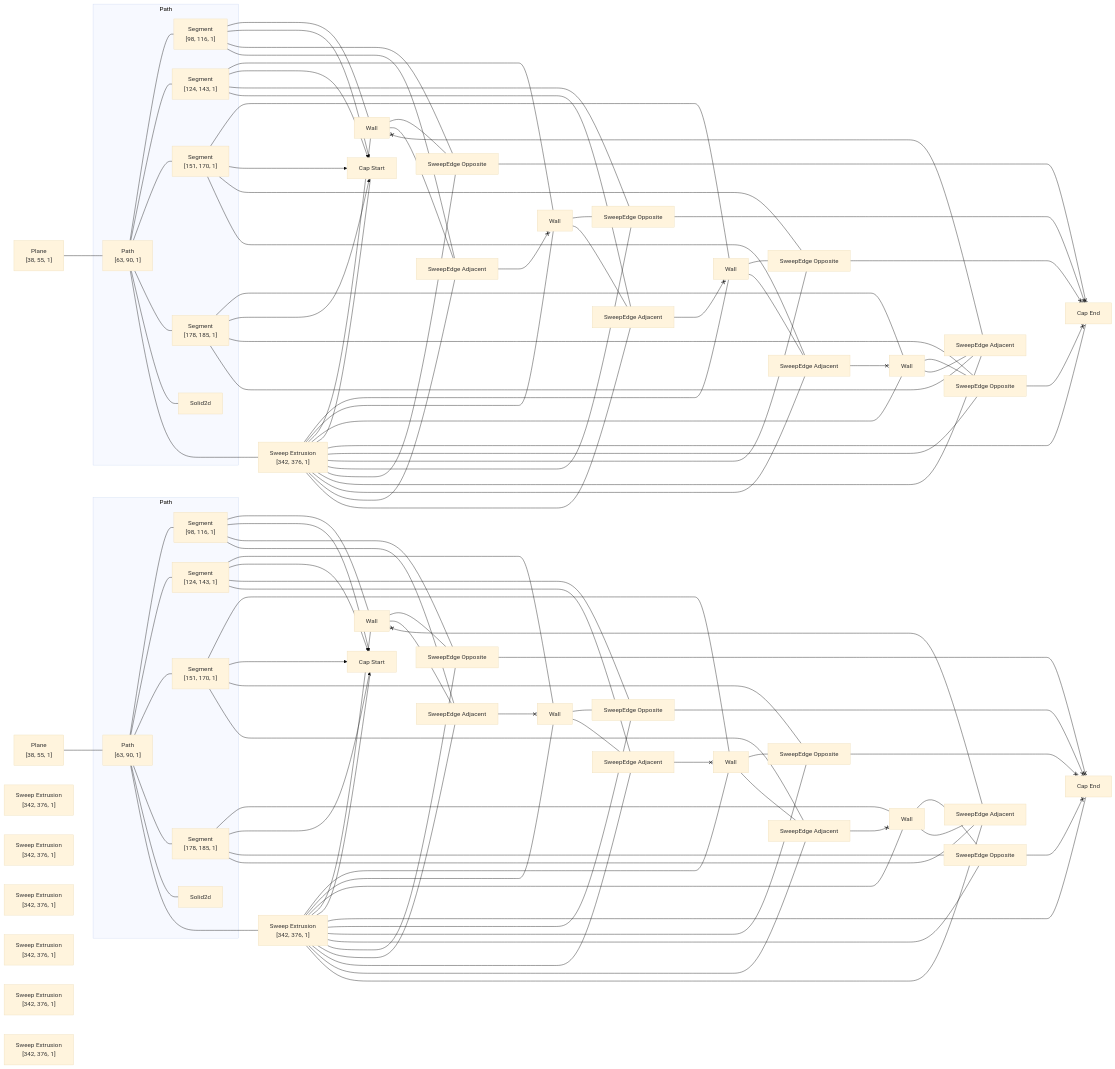
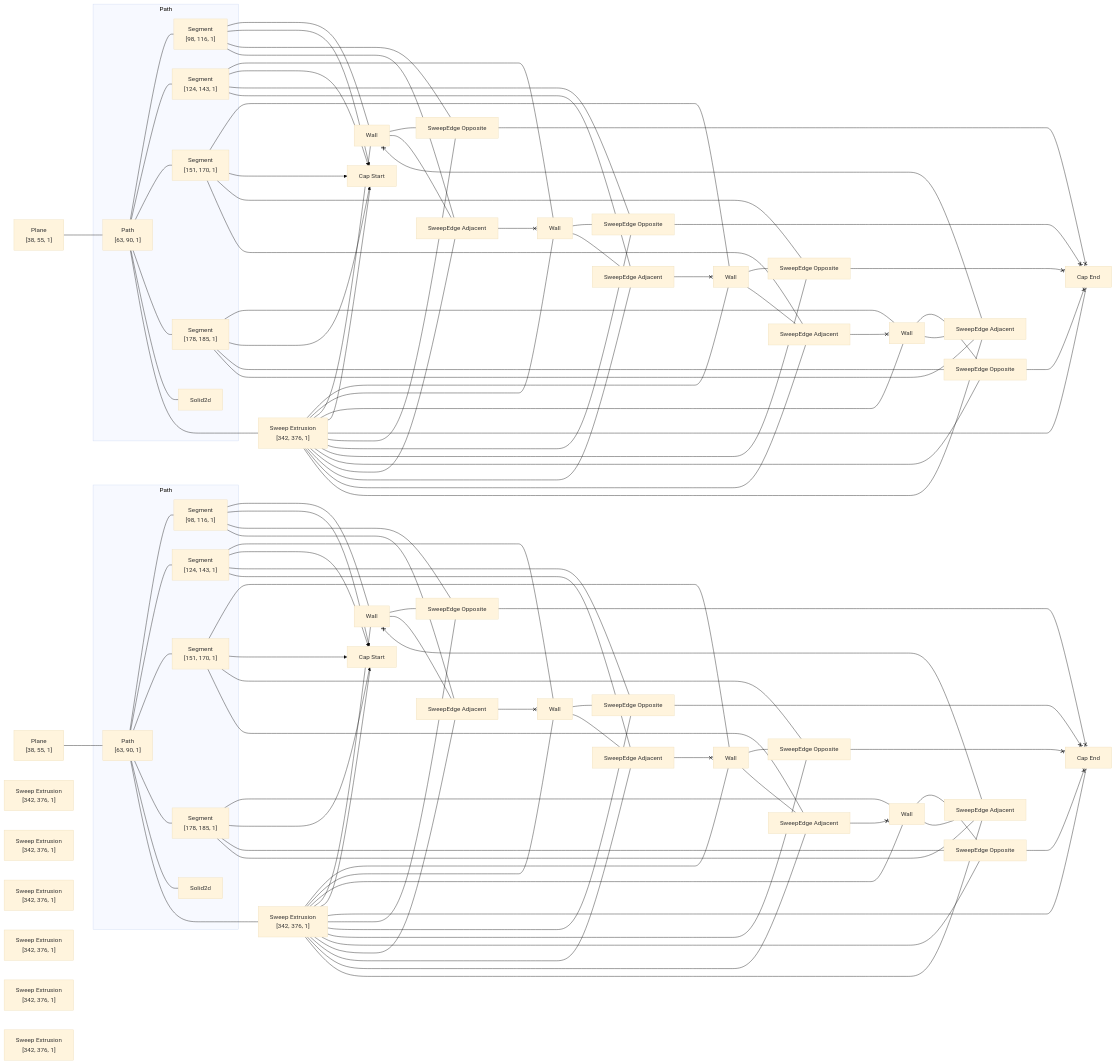
One commit to rajgandhi1/modeling-app changed the diagram in rust/kcl-lib/tests/pattern_circular_in_module/artifact_graph_flowchart.snap.md. Above: the diagram before and after it, drawn with Mermaid (base theme). The commit also changed 101 other files, not shown here.

```diff
--- a/rust/kcl-lib/tests/pattern_circular_in_module/artifact_graph_flowchart.snap.md
+++ b/rust/kcl-lib/tests/pattern_circular_in_module/artifact_graph_flowchart.snap.md
@@ -70,36 +70,36 @@
   4 ---- 16
   5 --- 29
   5 x--> 32
-  5 --- 42
-  5 --- 49
+  5 --- 39
+  5 --- 47
   6 --- 26
   6 x--> 31
-  6 --- 38
+  6 --- 35
   6 --- 43
   7 --- 28
   7 x--> 32
-  7 --- 41
-  7 --- 50
+  7 --- 40
+  7 --- 48
   8 --- 24
   8 x--> 31
-  8 --- 35
+  8 --- 36
   8 --- 44
   9 --- 27
   9 x--> 32
-  9 --- 40
-  9 --- 48
+  9 --- 41
+  9 --- 49
   10 --- 23
   10 x--> 31
-  10 --- 36
+  10 --- 37
   10 --- 45
   11 --- 25
   11 x--> 31
-  11 --- 37
+  11 --- 38
   11 --- 46
   12 --- 30
   12 x--> 32
-  12 --- 39
-  12 --- 47
+  12 --- 42
+  12 --- 50
   16 --- 23
   16 --- 24
   16 --- 25
@@ -128,30 +128,30 @@
   22 --- 48
   22 --- 49
   22 --- 50
-  23 --- 36
+  23 --- 37
   44 <--x 23
   23 --- 45
-  24 --- 35
+  24 --- 36
   43 <--x 24
   24 --- 44
-  25 --- 37
+  25 --- 38
   45 <--x 25
   25 --- 46
-  26 --- 38
+  26 --- 35
   26 --- 43
   46 <--x 26
-  27 --- 40
-  27 --- 48
-  50 <--x 27
-  28 --- 41
-  49 <--x 28
-  28 --- 50
-  29 --- 42
-  47 <--x 29
-  29 --- 49
-  30 --- 39
-  30 --- 47
-  48 <--x 30
+  27 --- 41
+  48 <--x 27
+  27 --- 49
+  28 --- 40
+  47 <--x 28
+  28 --- 48
+  29 --- 39
+  29 --- 47
+  50 <--x 29
+  30 --- 42
+  49 <--x 30
+  30 --- 50
   35 <--x 33
   36 <--x 33
   37 <--x 33
```
